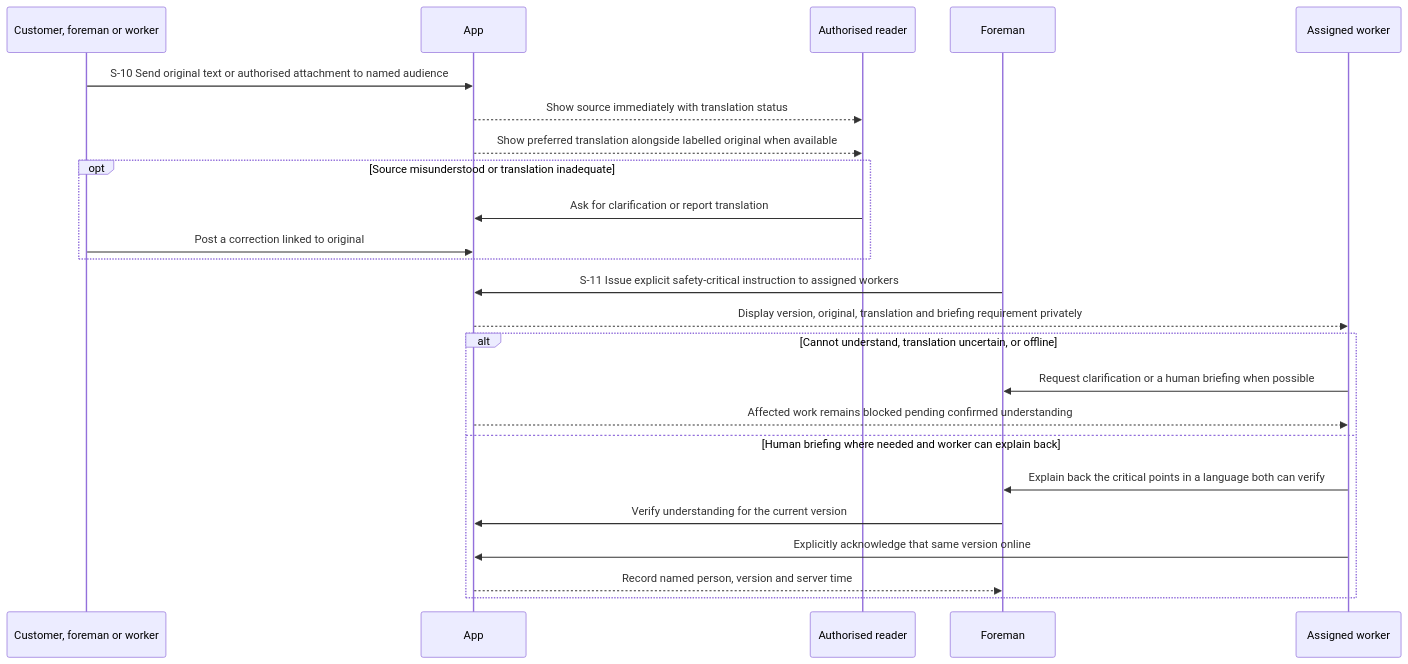
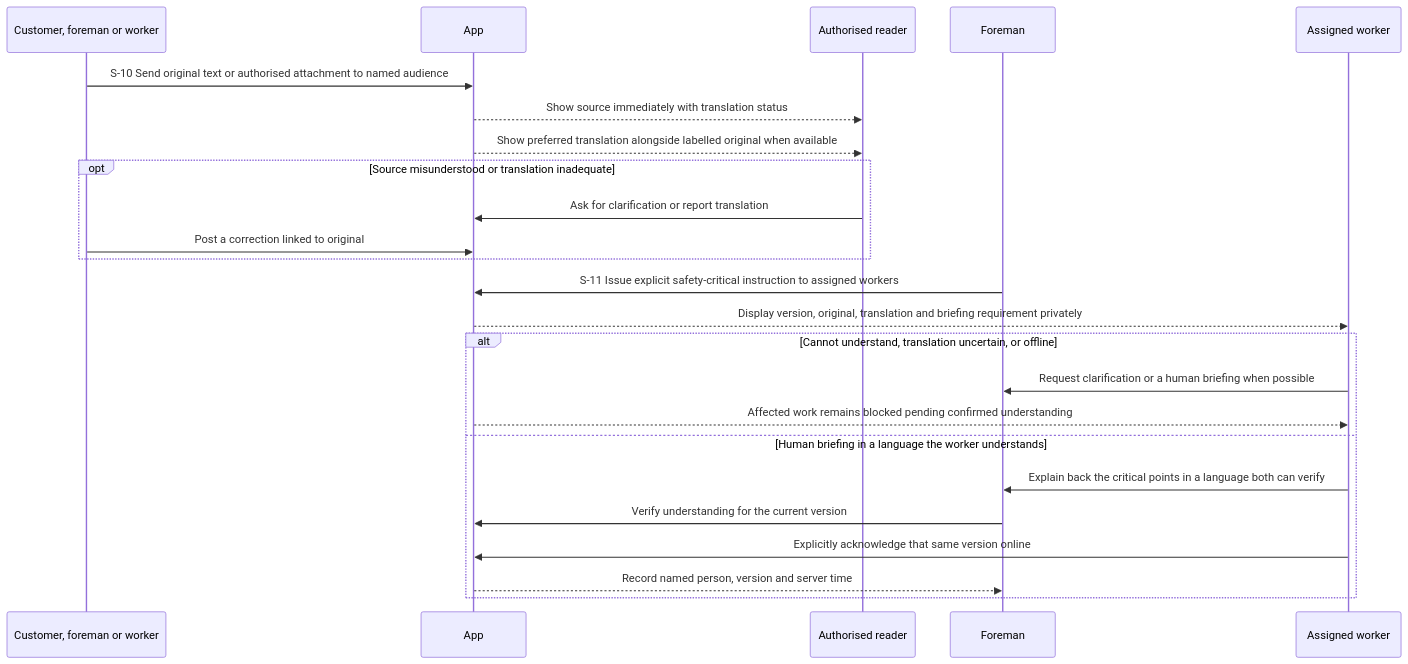
Before and after one commit to Artimunor/bookbuddy: the fifth of 8 diagrams in design-astra/foundation/core-flows.md, drawn with Mermaid. The commit also changed other lines of this file and 14 other files, not shown here.

````diff
--- a/design-astra/foundation/core-flows.md
+++ b/design-astra/foundation/core-flows.md
@@ -150,26 +162,26 @@
 ```mermaid
 sequenceDiagram
     participant X as Customer, foreman or worker
     participant A as App
     participant Y as Authorised reader
     participant F as Foreman
     participant W as Assigned worker
     X->>A: S-10 Send original text or authorised attachment to named audience
     A-->>Y: Show source immediately with translation status
     A-->>Y: Show preferred translation alongside labelled original when available
     opt Source misunderstood or translation inadequate
         Y->>A: Ask for clarification or report translation
         X->>A: Post a correction linked to original
     end
     F->>A: S-11 Issue explicit safety-critical instruction to assigned workers
     A-->>W: Display version, original, translation and briefing requirement privately
     alt Cannot understand, translation uncertain, or offline
         W->>F: Request clarification or a human briefing when possible
         A-->>W: Affected work remains blocked pending confirmed understanding
-    else Human briefing where needed and worker can explain back
+    else Human briefing in a language the worker understands
         W->>F: Explain back the critical points in a language both can verify
         F->>A: Verify understanding for the current version
         W->>A: Explicitly acknowledge that same version online
         A-->>F: Record named person, version and server time
     end
 ```
````
